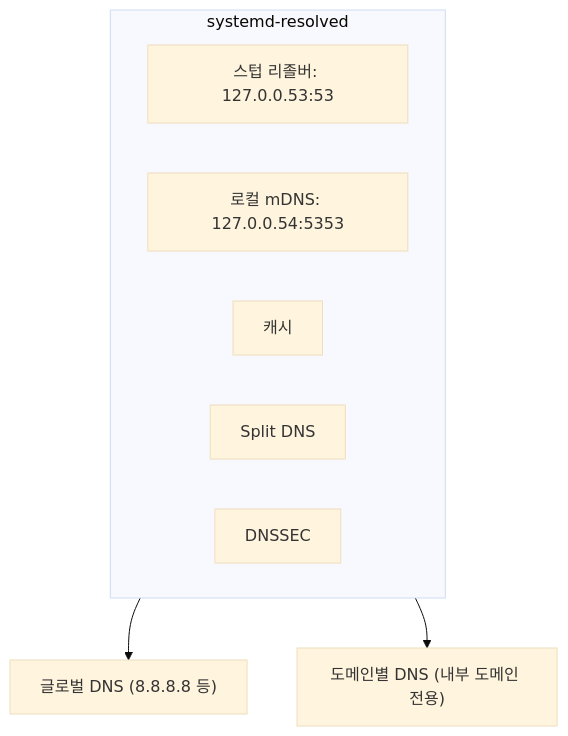
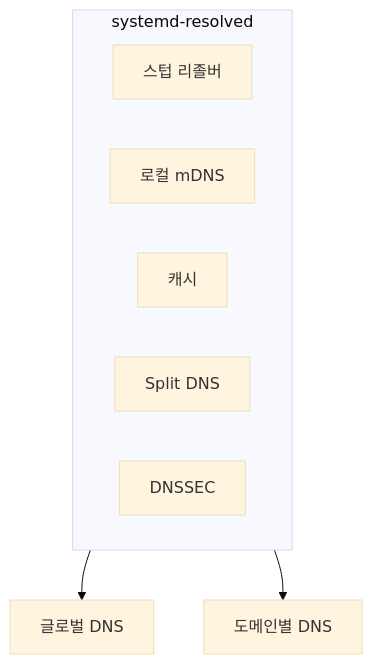
Before and after one commit to moonblueblue/devops-wiki: the second of 3 diagrams in content/linux/network-basics/dns-config.md, drawn with Mermaid (base theme). The commit also changed other lines of this file and 37 other files, not shown here.

First line of the commit message:
style: linux 카테고리 ASCII 도표·Mermaid 라벨 형식 교정

````diff
--- a/content/linux/network-basics/dns-config.md
+++ b/content/linux/network-basics/dns-config.md
@@ -129,12 +139,12 @@
 ```mermaid
 graph TD
     subgraph resolved["systemd-resolved"]
-        STUB["스텁 리졸버: 127.0.0.53:53"]
-        MDNS_L["로컬 mDNS: 127.0.0.54:5353"]
+        STUB["스텁 리졸버"]
+        MDNS_L["로컬 mDNS"]
         CACHE2["캐시"]
         SPLIT["Split DNS"]
         DNSSEC["DNSSEC"]
     end
-    resolved --> GDNS2["글로벌 DNS (8.8.8.8 등)"]
-    resolved --> DDNS["도메인별 DNS (내부 도메인 전용)"]
+    resolved --> GDNS2["글로벌 DNS"]
+    resolved --> DDNS["도메인별 DNS"]
 ```
````
